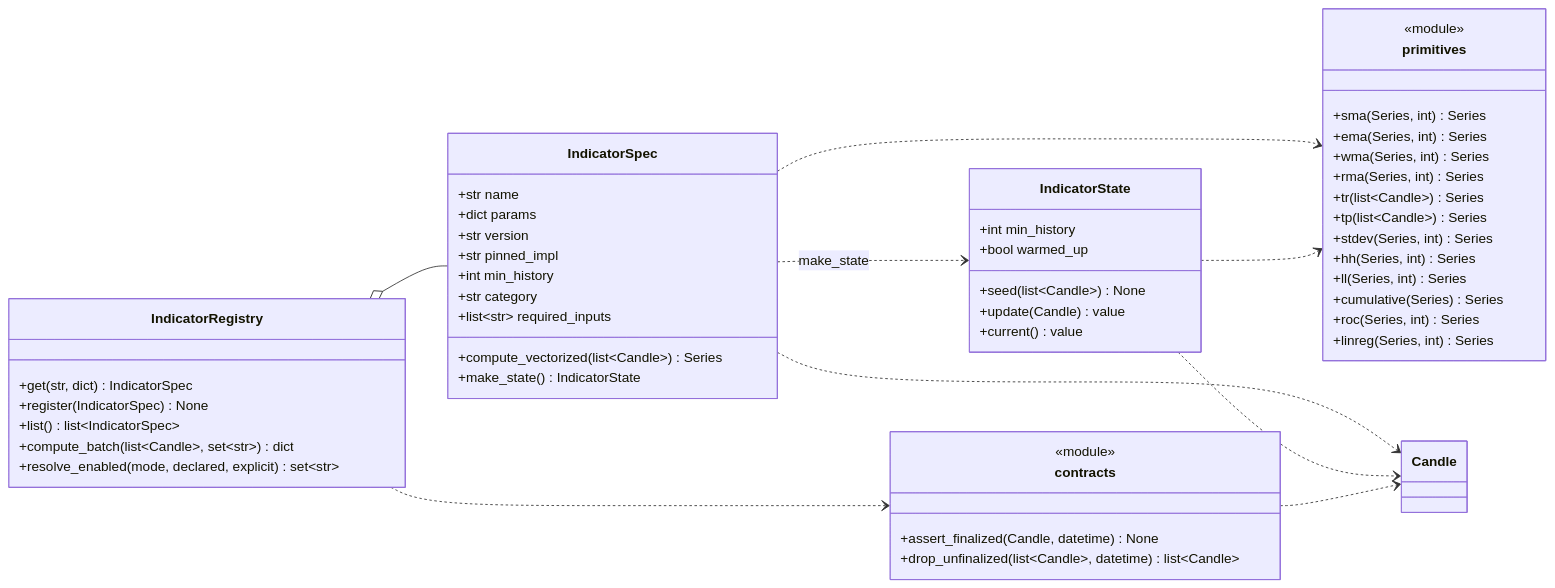
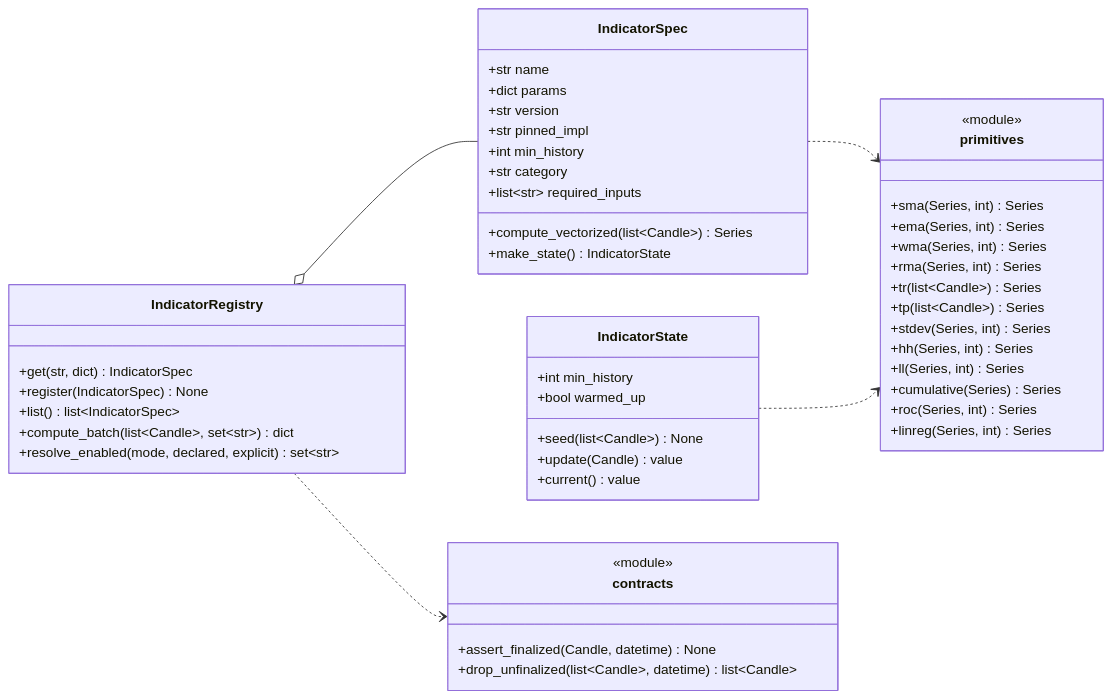
One commit to vessel35/trading-system-v2 changed the eighth of 17 diagrams in docs/fullspec/backtest_v2_detailed_design.md. Above: the diagram before and after it, drawn with Mermaid. The commit also changed other lines of this file, not shown here.

First line of the commit message:
docs(b-corelib-classes): §4 전 다이어그램 중복 의존 화살표 정리 동기화(정본 e79c35d 미러)

````diff
--- a/docs/fullspec/backtest_v2_detailed_design.md
+++ b/docs/fullspec/backtest_v2_detailed_design.md
@@ -1284,57 +1287,53 @@
 ```mermaid
 classDiagram
     direction LR
     class IndicatorSpec {
         +str name
         +dict params
         +str version
         +str pinned_impl
         +int min_history
         +str category
         +list~str~ required_inputs
         +compute_vectorized(list~Candle~) Series
         +make_state() IndicatorState
     }
     class IndicatorRegistry {
         +get(str, dict) IndicatorSpec
         +register(IndicatorSpec) None
         +list() list~IndicatorSpec~
         +compute_batch(list~Candle~, set~str~) dict
         +resolve_enabled(mode, declared, explicit) set~str~
     }
     class IndicatorState {
         +int min_history
         +bool warmed_up
         +seed(list~Candle~) None
         +update(Candle) value
         +current() value
     }
     class contracts {
         <<module>>
         +assert_finalized(Candle, datetime) None
         +drop_unfinalized(list~Candle~, datetime) list~Candle~
     }
     class primitives {
         <<module>>
         +sma(Series, int) Series
         +ema(Series, int) Series
         +wma(Series, int) Series
         +rma(Series, int) Series
         +tr(list~Candle~) Series
         +tp(list~Candle~) Series
         +stdev(Series, int) Series
         +hh(Series, int) Series
         +ll(Series, int) Series
         +cumulative(Series) Series
         +roc(Series, int) Series
         +linreg(Series, int) Series
     }
     IndicatorRegistry o-- IndicatorSpec
-    IndicatorSpec ..> IndicatorState : make_state
     IndicatorSpec ..> primitives
     IndicatorState ..> primitives
-    IndicatorSpec ..> Candle
-    IndicatorState ..> Candle
     IndicatorRegistry ..> contracts
-    contracts ..> Candle
 ```
````
